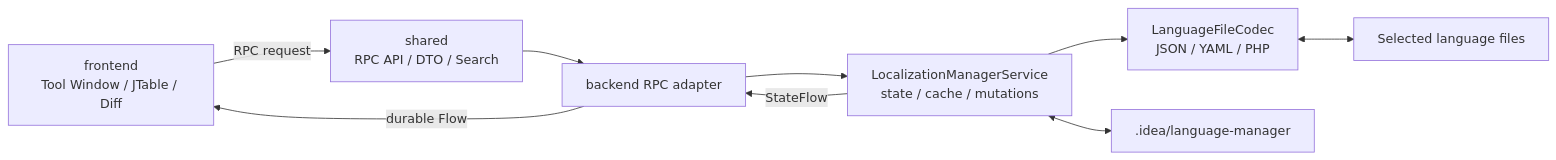
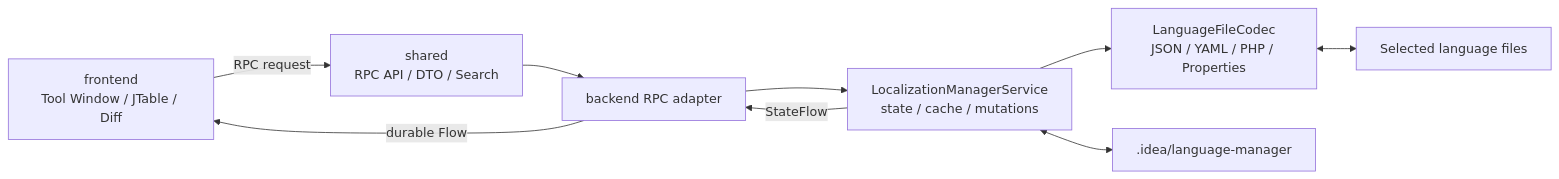
Before and after one commit to creamgod45/LanguageManage: the first of 2 diagrams in README.md, drawn with Mermaid. The commit also changed other lines of this file and 12 other files, not shown here.

````diff
--- a/README.md
+++ b/README.md
@@ -36,19 +36,19 @@
 ```mermaid
 flowchart LR
     UI["frontend<br/>Tool Window / JTable / Diff"]
     DTO["shared<br/>RPC API / DTO / Search"]
     RPC["backend RPC adapter"]
     Service["LocalizationManagerService<br/>state / cache / mutations"]
-    Codec["LanguageFileCodec<br/>JSON / YAML / PHP"]
+    Codec["LanguageFileCodec<br/>JSON / YAML / PHP / Properties"]
     Files["Selected language files"]
     Cache[".idea/language-manager"]
 
     UI -->|"RPC request"| DTO
     DTO --> RPC
     RPC --> Service
     Service --> Codec
     Codec <--> Files
     Service <--> Cache
     Service -->|"StateFlow"| RPC
     RPC -->|"durable Flow"| UI
 ```
````
